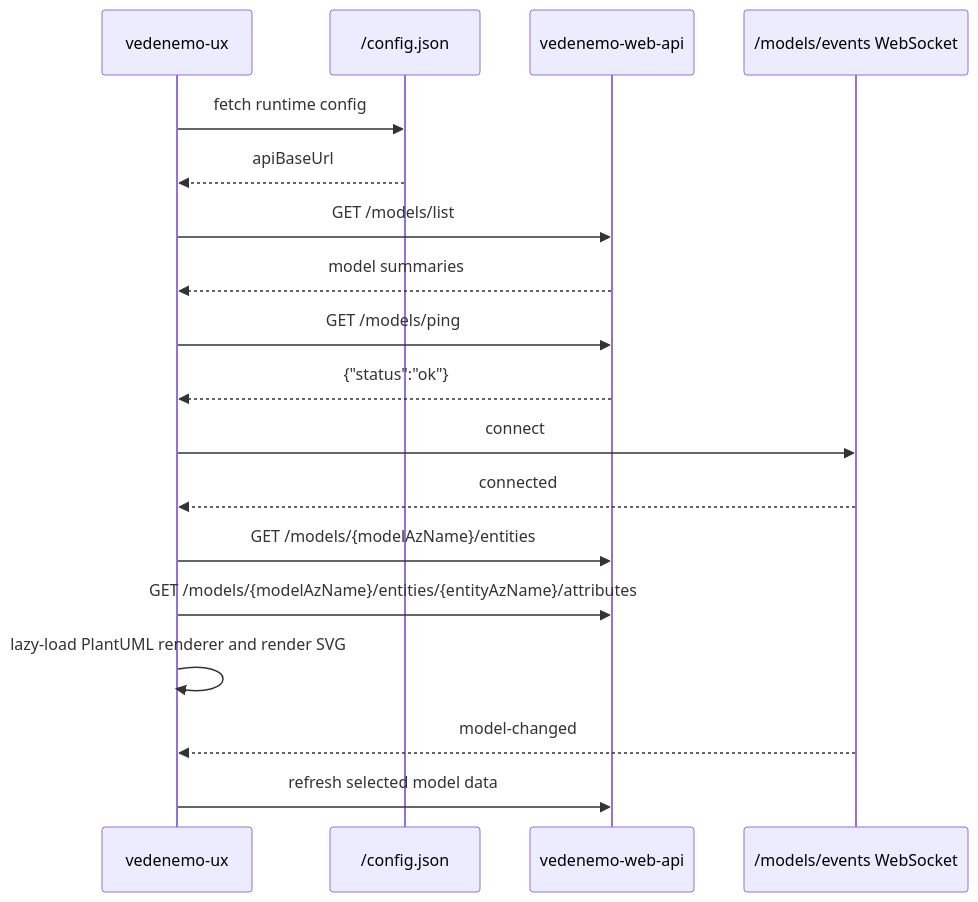
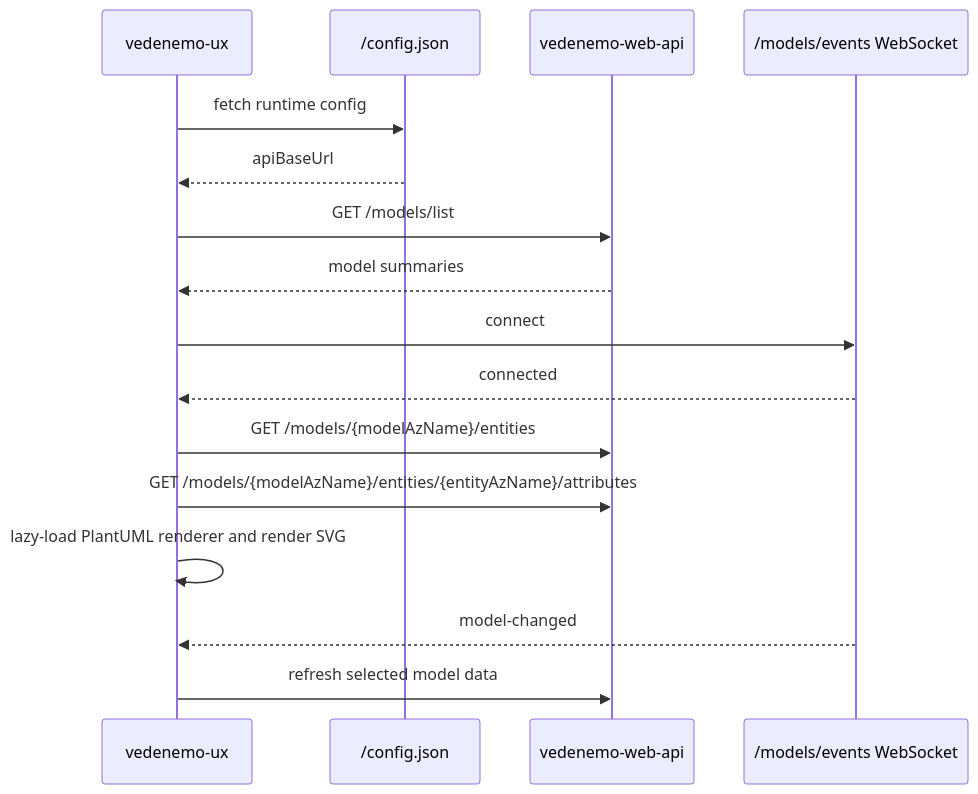
One commit to VedenemoDev/VedenemoMonorepo changed the seventh of 8 diagrams in docs/architecture_doc.md. Above: the diagram before and after it, drawn with Mermaid. The commit also changed other lines of this file and 14 other files, not shown here.

````diff
--- a/docs/architecture_doc.md
+++ b/docs/architecture_doc.md
@@ -572,21 +570,19 @@
 ```mermaid
 sequenceDiagram
     participant UX as vedenemo-ux
     participant Config as /config.json
     participant API as vedenemo-web-api
     participant Events as /models/events WebSocket
 
     UX->>Config: fetch runtime config
     Config-->>UX: apiBaseUrl
     UX->>API: GET /models/list
     API-->>UX: model summaries
-    UX->>API: GET /models/ping
-    API-->>UX: {"status":"ok"}
     UX->>Events: connect
     Events-->>UX: connected
     UX->>API: GET /models/{modelAzName}/entities
     UX->>API: GET /models/{modelAzName}/entities/{entityAzName}/attributes
     UX->>UX: lazy-load PlantUML renderer and render SVG
     Events-->>UX: model-changed
     UX->>API: refresh selected model data
 ```
````
